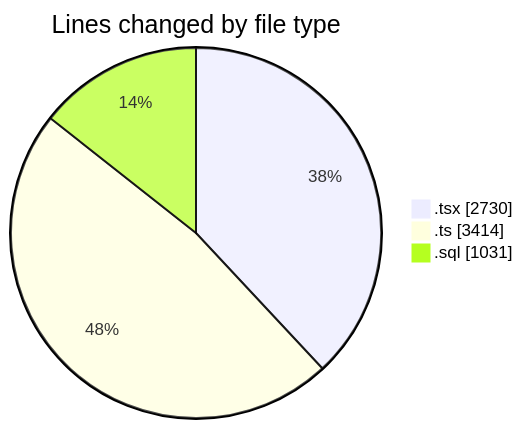
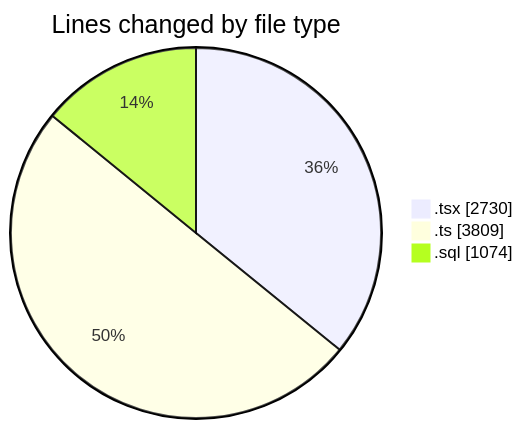
Before and after one commit to lephambinh05/code-tracking: the first of 2 diagrams in 2025-09-05/hiai-phf/README.md, drawn with Mermaid. The commit also changed other lines of this file and 1 other file, not shown here.

````diff
--- a/2025-09-05/hiai-phf/README.md
+++ b/2025-09-05/hiai-phf/README.md
@@ -72,7 +73,7 @@
 ```mermaid
 pie showData
 title Lines changed by file type
 ".tsx" : 2730
-".ts" : 3414
-".sql" : 1031
+".ts" : 3809
+".sql" : 1074
 ```
````
